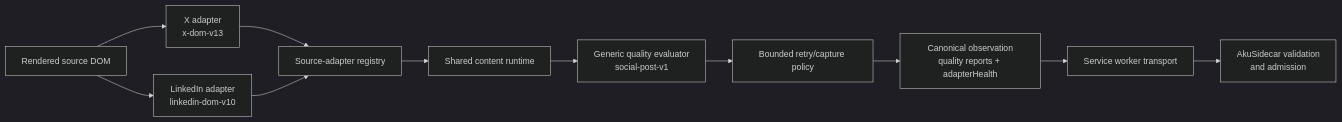
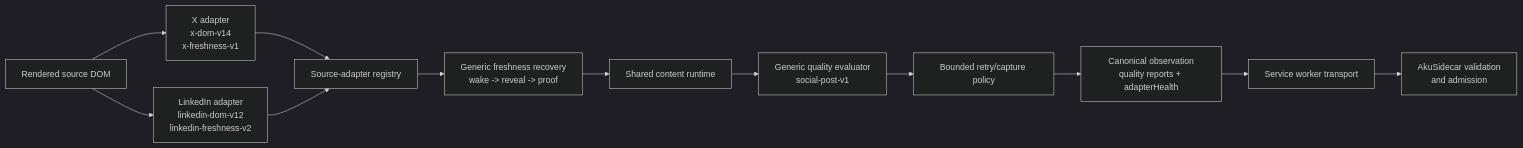
The diagram in README.md (abangkis/AkuBridge), drawn with Mermaid (dark theme) before and after one commit. The commit also changed other lines of this file and 16 other files, not shown here.

Commit message:
feat: add generic source freshness recovery

````diff
--- a/README.md
+++ b/README.md
@@ -11,13 +11,14 @@
 ```mermaid
 flowchart LR
-    DOM["Rendered source DOM"] --> XA["X adapter<br/>x-dom-v13"]
-    DOM --> LA["LinkedIn adapter<br/>linkedin-dom-v10"]
+    DOM["Rendered source DOM"] --> XA["X adapter<br/>x-dom-v14<br/>x-freshness-v1"]
+    DOM --> LA["LinkedIn adapter<br/>linkedin-dom-v12<br/>linkedin-freshness-v2"]
     XA --> R["Source-adapter registry"]
     LA --> R
-    R --> C["Shared content runtime"]
+    R --> F["Generic freshness recovery<br/>wake -> reveal -> proof"]
+    F --> C["Shared content runtime"]
     C --> Q["Generic quality evaluator<br/>social-post-v1"]
     Q --> P["Bounded retry/capture policy"]
     P --> O["Canonical observation<br/>quality reports + adapterHealth"]
     O --> SW["Service worker transport"]
     SW --> S["AkuSidecar validation<br/>and admission"]
 ```
````
